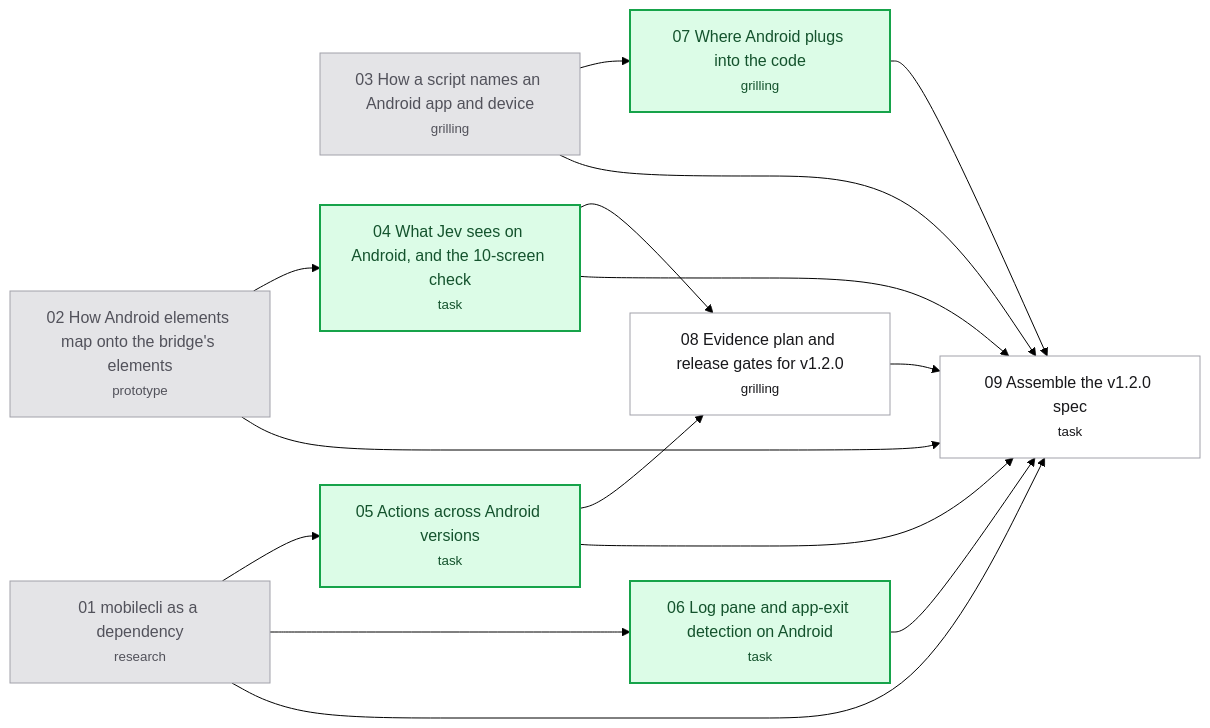
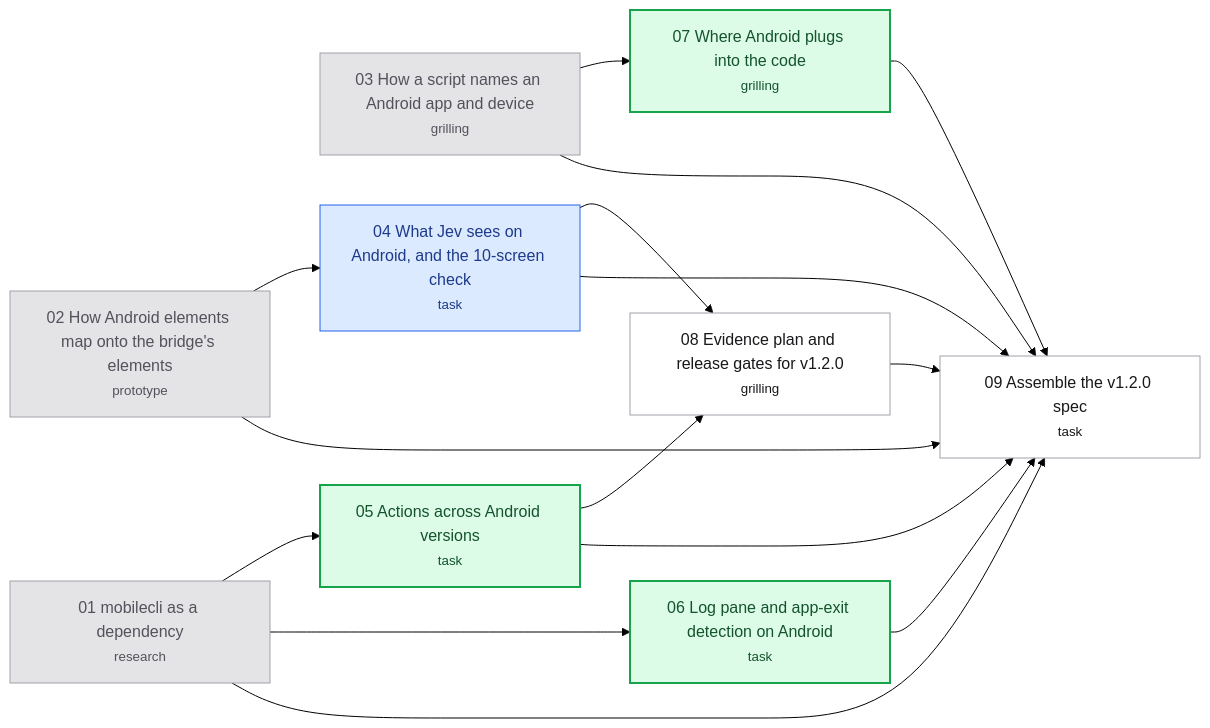
One commit to hugues-vnsgn/jev-ios-bridge changed the diagram in .scratch/android-support/map.md. Above: the diagram before and after it, drawn with Mermaid (forest theme). The commit also changed 1 other file, not shown here.

Commit message:
wayfinder: claim "What Jev sees on Android, and the 10-screen check"

````diff
--- a/.scratch/android-support/map.md
+++ b/.scratch/android-support/map.md
@@ -43,33 +43,34 @@
 ```mermaid
 flowchart LR
     T01["01 mobilecli as a dependency<br/><small>research</small>"]
     T02["02 How Android elements map onto the bridge's elements<br/><small>prototype</small>"]
     T03["03 How a script names an Android app and device<br/><small>grilling</small>"]
     T04["04 What Jev sees on Android, and the 10-screen check<br/><small>task</small>"]
     T05["05 Actions across Android versions<br/><small>task</small>"]
     T06["06 Log pane and app-exit detection on Android<br/><small>task</small>"]
     T07["07 Where Android plugs into the code<br/><small>grilling</small>"]
     T08["08 Evidence plan and release gates for v1.2.0<br/><small>grilling</small>"]
     T09["09 Assemble the v1.2.0 spec<br/><small>task</small>"]
     T02 --> T04
     T01 --> T05
     T01 --> T06
     T03 --> T07
     T04 --> T08
     T05 --> T08
     T01 --> T09
     T02 --> T09
     T03 --> T09
     T04 --> T09
     T05 --> T09
     T06 --> T09
     T07 --> T09
     T08 --> T09
     classDef resolved fill:#e4e4e7,stroke:#a1a1aa,color:#52525b
     classDef claimed fill:#dbeafe,stroke:#2563eb,color:#1e3a8a
     classDef frontier fill:#dcfce7,stroke:#16a34a,color:#14532d,stroke-width:2px
     classDef blocked fill:#ffffff,stroke:#a1a1aa,color:#18181b
     class T01,T02,T03 resolved
-    class T04,T05,T06,T07 frontier
+    class T04 claimed
+    class T05,T06,T07 frontier
     class T08,T09 blocked
 ```
````
